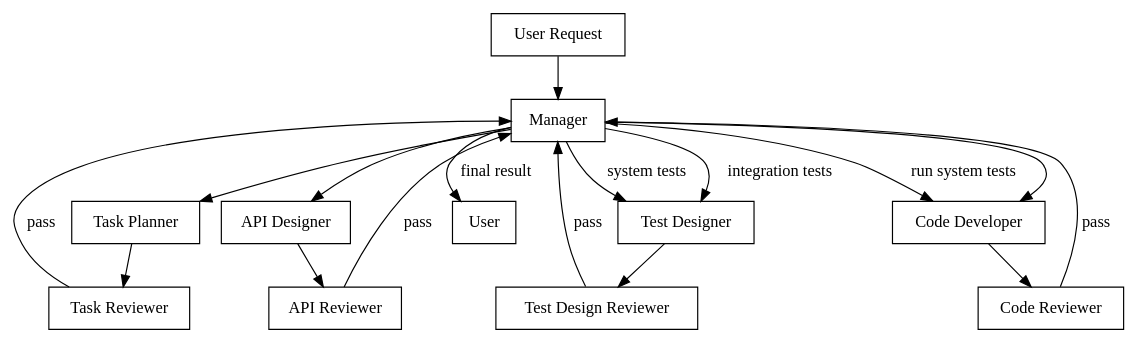
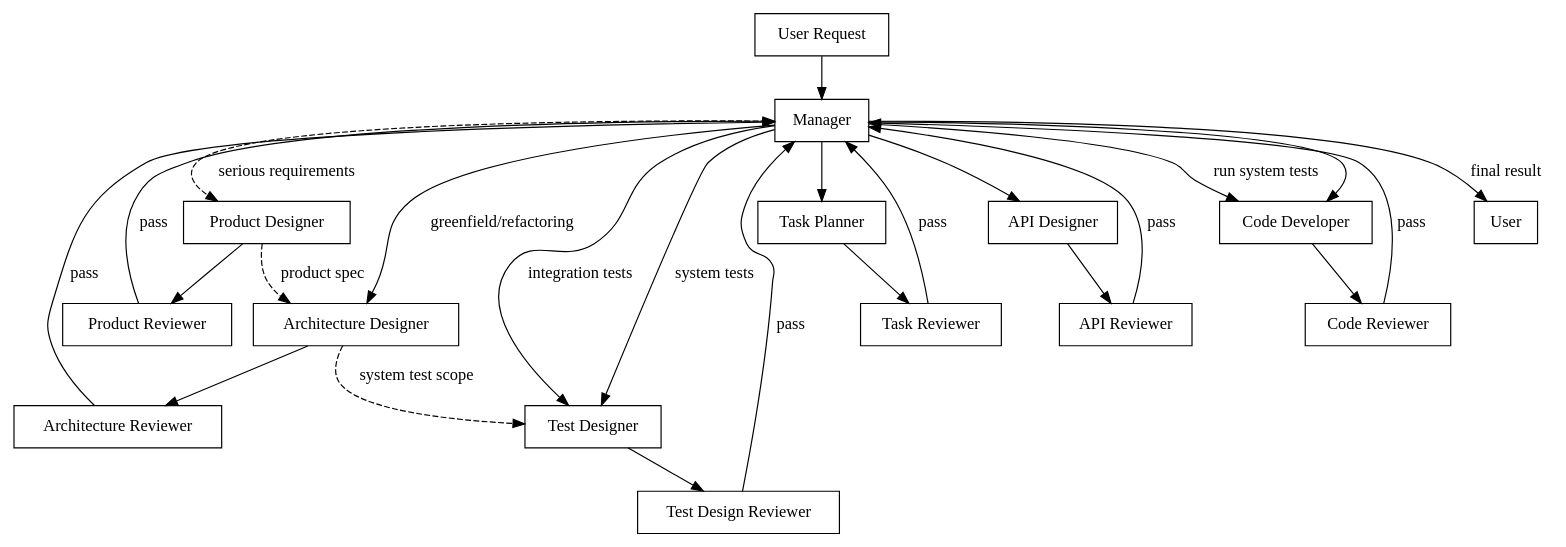
One commit to Qume2005/development-team changed the diagram in system.md. Above: the diagram before and after it, drawn with Graphviz. The commit also changed other lines of this file and 5 other files, not shown here.

Commit message:
feat: add Architecture Designer and Product Designer roles with reviewers

````diff
--- a/system.md
+++ b/system.md
@@ -7,22 +7,30 @@
 ```dot
 digraph context_flow {
   rankdir=TB;
   node [shape=box];
   "User Request" -> "Manager";
+  "Manager" -> "Product Designer" [label="serious requirements", style=dashed];
+  "Product Designer" -> "Product Reviewer";
+  "Product Reviewer" -> "Manager" [label="pass"];
+  "Manager" -> "Architecture Designer" [label="greenfield/refactoring"];
+  "Architecture Designer" -> "Architecture Reviewer";
+  "Architecture Reviewer" -> "Manager" [label="pass"];
   "Manager" -> "Task Planner";
   "Task Planner" -> "Task Reviewer";
   "Task Reviewer" -> "Manager" [label="pass"];
   "Manager" -> "API Designer";
   "API Designer" -> "API Reviewer";
   "API Reviewer" -> "Manager" [label="pass"];
   "Manager" -> "Test Designer" [label="integration tests"];
   "Test Designer" -> "Test Design Reviewer";
   "Test Design Reviewer" -> "Manager" [label="pass"];
   "Manager" -> "Code Developer";
   "Code Developer" -> "Code Reviewer";
   "Code Reviewer" -> "Manager" [label="pass"];
   "Manager" -> "Test Designer" [label="system tests"];
   "Manager" -> "Code Developer" [label="run system tests"];
   "Manager" -> "User" [label="final result"];
+  "Architecture Designer" -> "Test Designer" [label="system test scope", style=dashed];
+  "Product Designer" -> "Architecture Designer" [label="product spec", style=dashed];
 }
 ```
````
